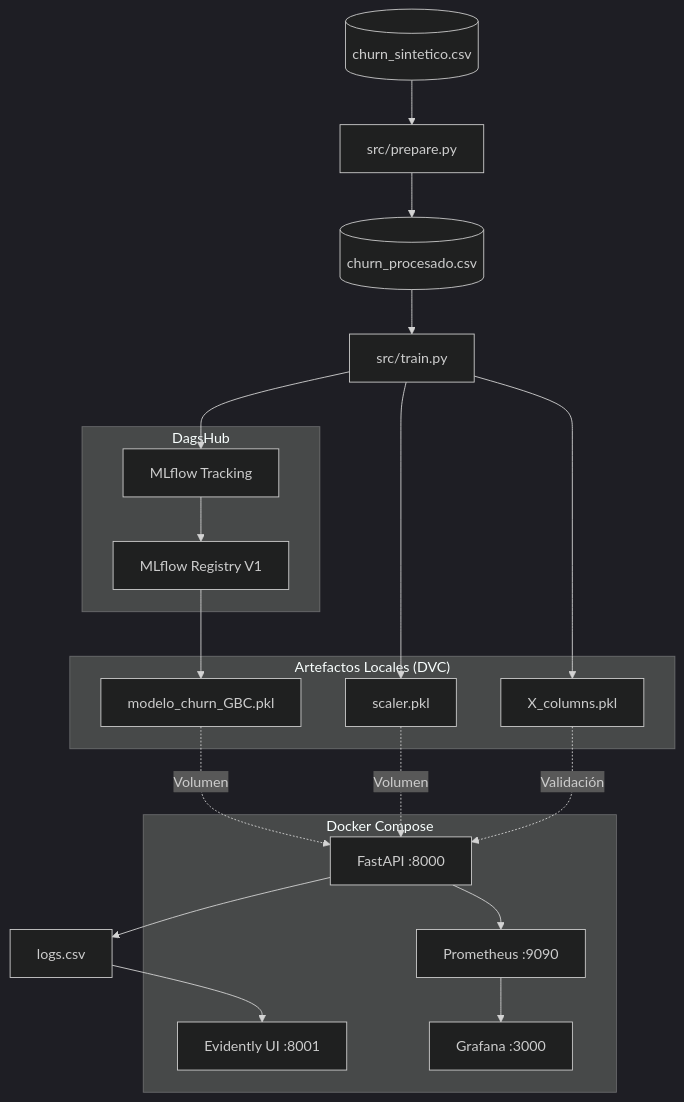
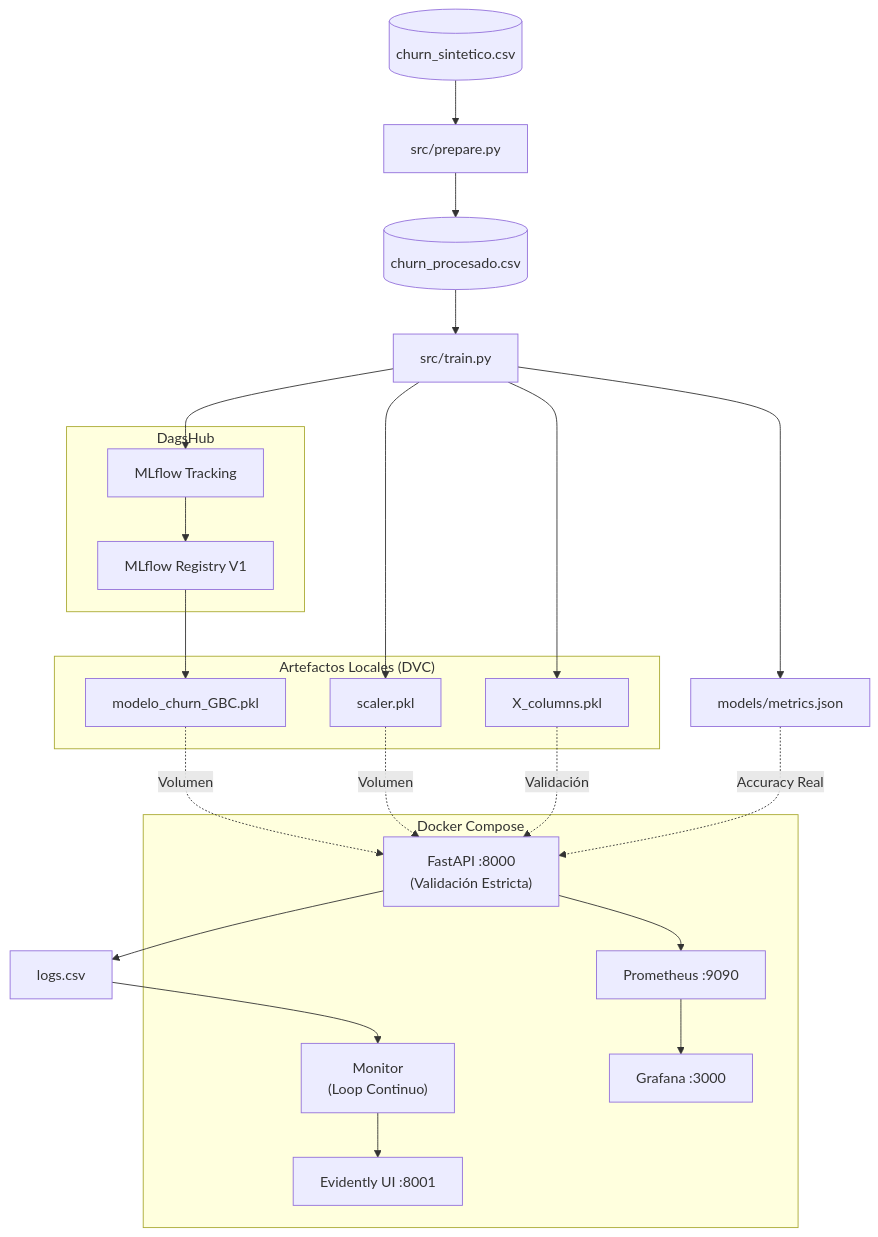
Before and after one commit to JuanManuelResquin84/Portafolio_03_Proyecto_AndesLink_MLOps: the diagram in README.md, drawn with Mermaid. The commit also changed other lines of this file and 88 other files, not shown here.

````diff
--- a/README.md
+++ b/README.md
@@ -35,42 +42,45 @@
 ```mermaid
-%%{init: {'theme': 'dark'}}%%
 graph TD
     DATA_RAW[(churn_sintetico.csv)] --> P_PREP["src/prepare.py"]
     P_PREP --> DATA_PROC[(churn_procesado.csv)]
     
     DATA_PROC --> P_TRAIN["src/train.py"]
+    P_TRAIN --> METRICS["models/metrics.json"]
     
     subgraph MLOps_Stack ["DagsHub"]
         TRACK["MLflow Tracking"]
         REG["MLflow Registry V1"]
     end
     
     P_TRAIN --> TRACK
     TRACK --> REG
     
     subgraph Local ["Artefactos Locales (DVC)"]
         M1["modelo_churn_GBC.pkl"]
         S1["scaler.pkl"]
         X1["X_columns.pkl"]
     end
     
     REG --> M1
     P_TRAIN --> S1
     P_TRAIN --> X1
 
     subgraph Producción ["Docker Compose"]
-        API["FastAPI :8000"]
+        API["FastAPI :8000<br/>(Validación Estricta)"]
+        MONITOR["Monitor<br/>(Loop Continuo)"]
         EVI["Evidently UI :8001"]
         PROM["Prometheus :9090"]
         GRAF["Grafana :3000"]
     end
 
     M1 -.->|Volumen| API
     S1 -.->|Volumen| API
     X1 -.->|Validación| API
+    METRICS -.->|Accuracy Real| API
     
     API --> LOGS["logs.csv"]
-    LOGS --> EVI
+    LOGS --> MONITOR
+    MONITOR --> EVI
     API --> PROM
     PROM --> GRAF
 ```
````
